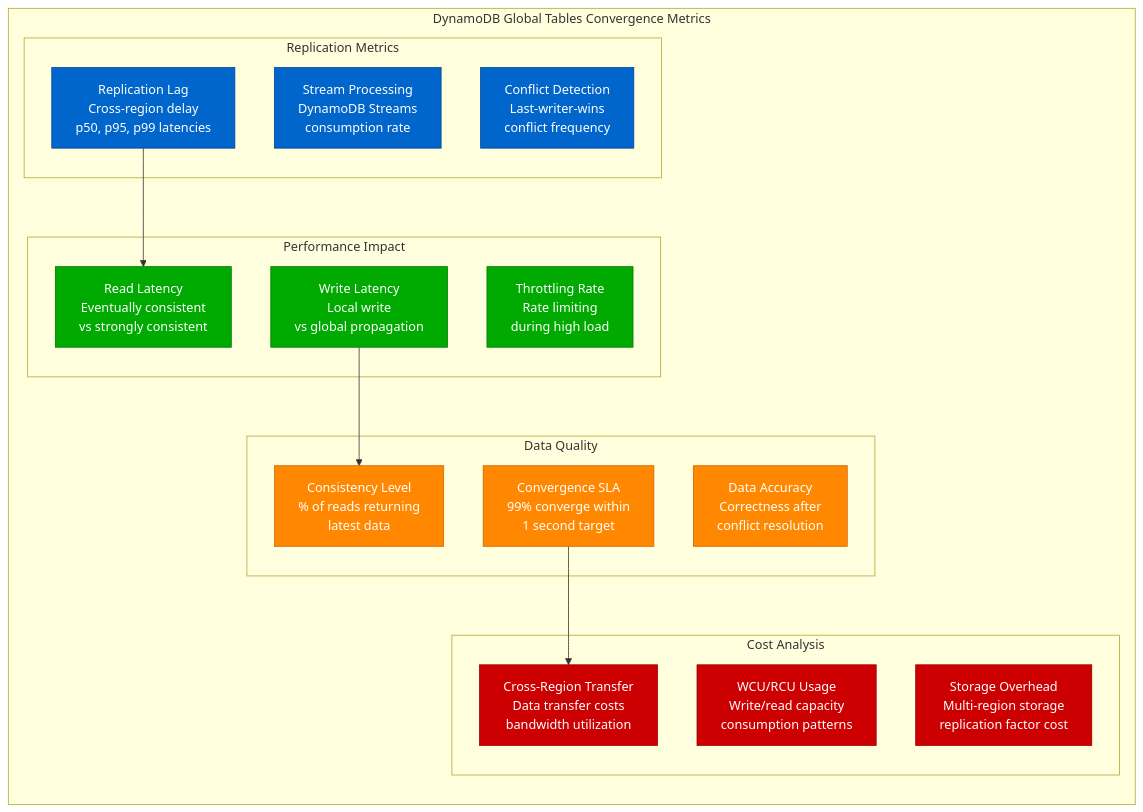
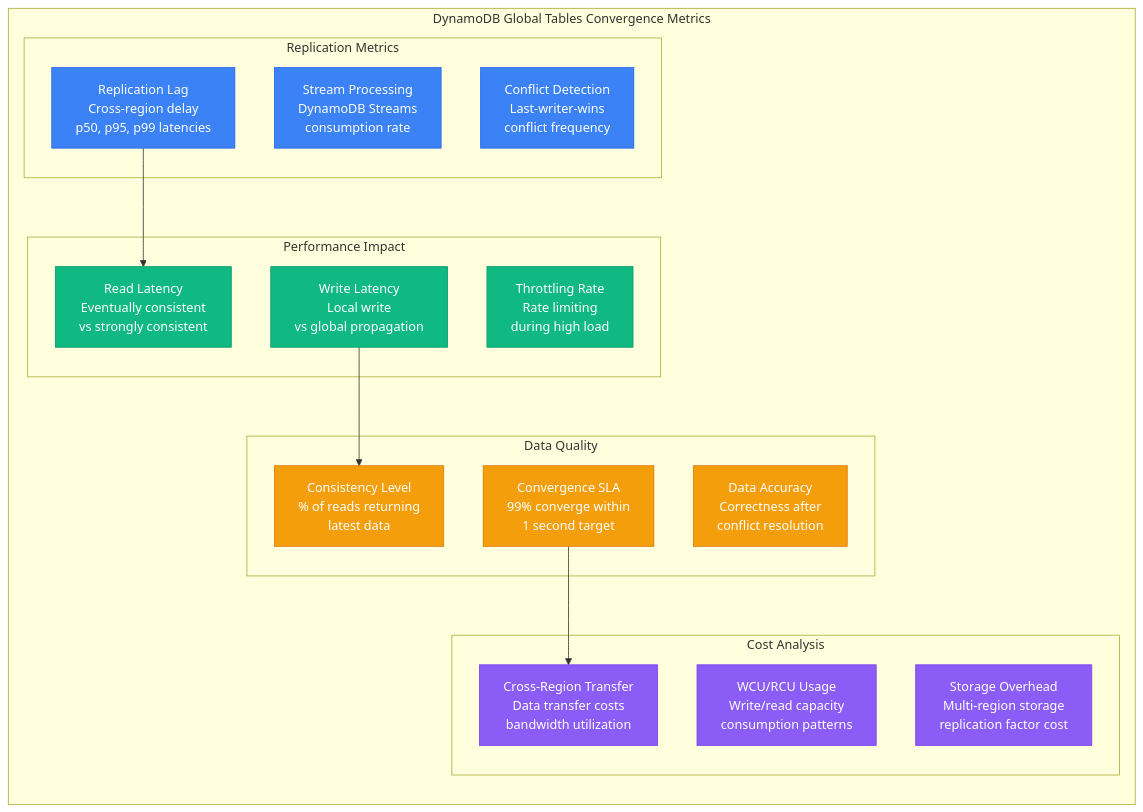
The fourth of 8 diagrams in site/docs/guarantees/eventual-consistency/eventual-consistency-metrics.md (deepaucksharma/DS), drawn with Mermaid before and after one commit. The commit also changed other lines of this file and 303 other files, not shown here.

````diff
--- a/site/docs/guarantees/eventual-consistency/eventual-consistency-metrics.md
+++ b/site/docs/guarantees/eventual-consistency/eventual-consistency-metrics.md
@@ -158,42 +158,42 @@
 ```mermaid
 graph LR
     subgraph DynamoDBMetrics[DynamoDB Global Tables Convergence Metrics]
         subgraph ReplicationMetrics[Replication Metrics]
             RM1[Replication Lag<br/>Cross-region delay<br/>p50, p95, p99 latencies]
             RM2[Stream Processing<br/>DynamoDB Streams<br/>consumption rate]
             RM3[Conflict Detection<br/>Last-writer-wins<br/>conflict frequency]
         end
 
         subgraph PerformanceMetrics[Performance Impact]
             PM1[Read Latency<br/>Eventually consistent<br/>vs strongly consistent]
             PM2[Write Latency<br/>Local write<br/>vs global propagation]
             PM3[Throttling Rate<br/>Rate limiting<br/>during high load]
         end
 
         subgraph QualityMetrics[Data Quality]
             QM1[Consistency Level<br/>% of reads returning<br/>latest data]
             QM2[Convergence SLA<br/>99% converge within<br/>1 second target]
             QM3[Data Accuracy<br/>Correctness after<br/>conflict resolution]
         end
 
         subgraph CostMetrics[Cost Analysis]
             CoM1[Cross-Region Transfer<br/>Data transfer costs<br/>bandwidth utilization]
             CoM2[WCU/RCU Usage<br/>Write/read capacity<br/>consumption patterns]
             CoM3[Storage Overhead<br/>Multi-region storage<br/>replication factor cost]
         end
     end
 
     RM1 --> PM1
     PM2 --> QM1
     QM2 --> CoM1
 
-    classDef replicationStyle fill:#0066CC,stroke:#004499,color:#fff
-    classDef performanceStyle fill:#00AA00,stroke:#007700,color:#fff
-    classDef qualityStyle fill:#FF8800,stroke:#CC6600,color:#fff
-    classDef costStyle fill:#CC0000,stroke:#990000,color:#fff
+    classDef replicationStyle fill:#3B82F6,stroke:#2563EB,color:#fff
+    classDef performanceStyle fill:#10B981,stroke:#059669,color:#fff
+    classDef qualityStyle fill:#F59E0B,stroke:#D97706,color:#fff
+    classDef costStyle fill:#8B5CF6,stroke:#7C3AED,color:#fff
 
     class RM1,RM2,RM3 replicationStyle
     class PM1,PM2,PM3 performanceStyle
     class QM1,QM2,QM3 qualityStyle
     class CoM1,CoM2,CoM3 costStyle
 ```
````
